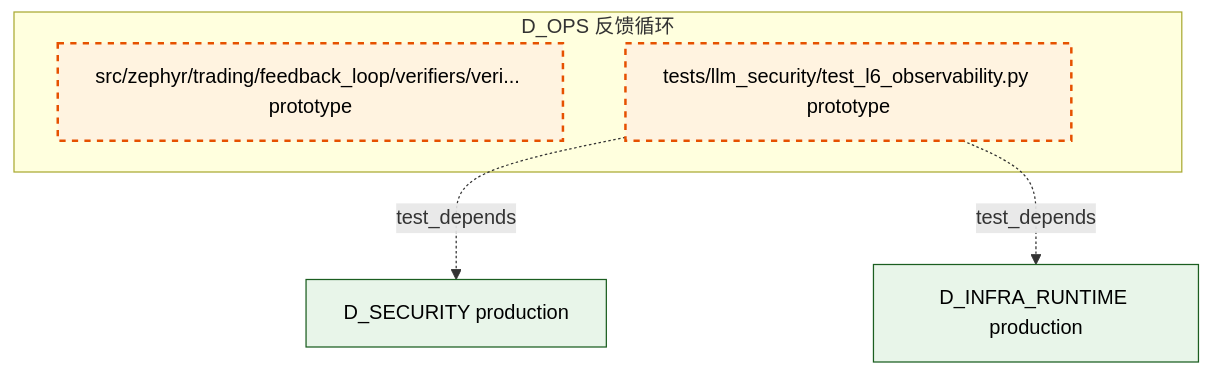
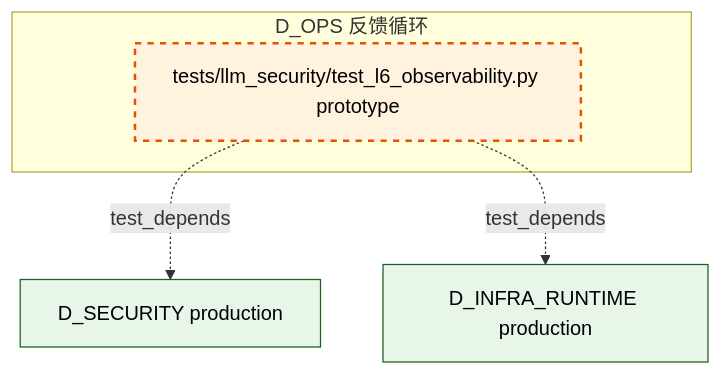
One commit to xuanFelixVan/ZephyrAlpha changed diagram 12 of 12 in docs/02_enterprise_architecture/02_domain_architecture_docs/16_d_ops.md. Above: the diagram before and after it, drawn with Mermaid. The commit also changed other lines of this file and 105 other files, not shown here.

````diff
--- a/docs/02_enterprise_architecture/02_domain_architecture_docs/16_d_ops.md
+++ b/docs/02_enterprise_architecture/02_domain_architecture_docs/16_d_ops.md
@@ -721,17 +727,16 @@
 ```mermaid
 graph TD
     subgraph D_OPS["D_OPS 反馈循环"]
-        src_zephyr_trading_feedback_loop_verifiers_verification_engine_py["src/zephyr/trading/feedback_loop/verifiers/veri... prototype"]
         tests_llm_security_test_l6_observability_py["tests/llm_security/test_l6_observability.py prototype"]
     end
     D_SECURITY["D_SECURITY production"]
     tests_llm_security_test_l6_observability_py -.->|test_depends| D_SECURITY
     D_INFRA_RUNTIME["D_INFRA_RUNTIME production"]
     tests_llm_security_test_l6_observability_py -.->|test_depends| D_INFRA_RUNTIME
     classDef production fill:#e1f5fe,stroke:#01579b,stroke-width:2px,color:#000
     classDef design fill:#fff3e0,stroke:#e65100,stroke-width:2px,color:#000,stroke-dasharray: 5 5
     classDef external_prod fill:#e8f5e9,stroke:#1b5e20,stroke-width:1px,color:#000
     classDef external_design fill:#fce4ec,stroke:#880e4f,stroke-width:1px,color:#000,stroke-dasharray: 5 5
-    class src_zephyr_trading_feedback_loop_verifiers_verification_engine_py,tests_llm_security_test_l6_observability_py design
+    class tests_llm_security_test_l6_observability_py design
     class D_SECURITY,D_INFRA_RUNTIME external_prod
 ```
````
